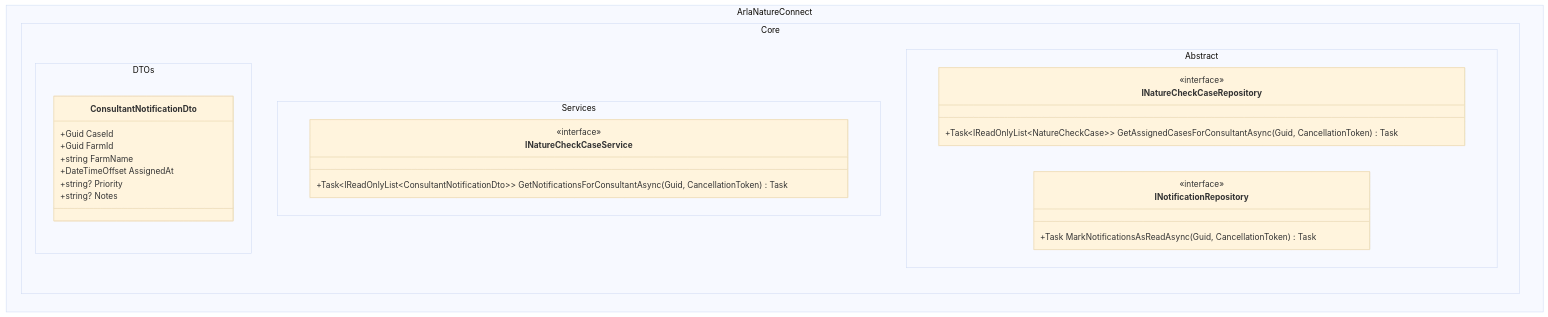
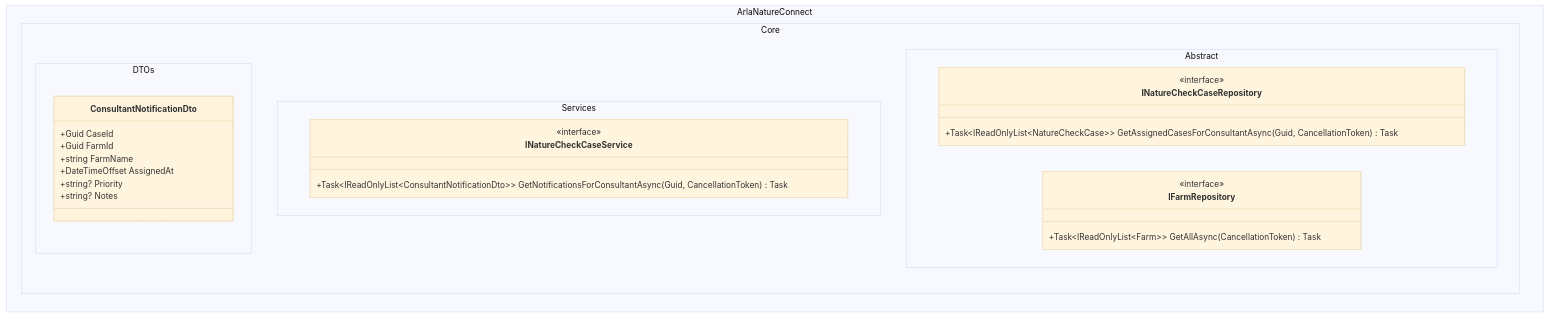
One commit to DMOoF25-TEAM11/ArlaNatureConnect changed the diagram in docs/UseCase002B-AssignNatureCheckCase/UserStories/UC002B.6-ViewConsultantNotifications/UC002B.6-DCD.md. Above: the diagram before and after it, drawn with Mermaid (base theme). The commit also changed 65 other files, not shown here.

Commit message:
Update of UML

````diff
--- a/docs/UseCase002B-AssignNatureCheckCase/UserStories/UC002B.6-ViewConsultantNotifications/UC002B.6-DCD.md
+++ b/docs/UseCase002B-AssignNatureCheckCase/UserStories/UC002B.6-ViewConsultantNotifications/UC002B.6-DCD.md
@@ -5,35 +5,38 @@
 ```mermaid
 classDiagram
     direction TB
     %% === DCD – UC002B.6: View Consultant Notifications (Builds on UC002B.5) ===
 
     namespace ArlaNatureConnect.Core.DTOs {
         class ConsultantNotificationDto {
             +Guid CaseId
             +Guid FarmId
             +string FarmName
             +DateTimeOffset AssignedAt
             +string? Priority
             +string? Notes
         }
     }
 
     namespace ArlaNatureConnect.Core.Services {
         class INatureCheckCaseService {
             <<interface>>
             +Task~IReadOnlyList~ConsultantNotificationDto~~ GetNotificationsForConsultantAsync(Guid, CancellationToken) Task
         }
     }
 
     namespace ArlaNatureConnect.Core.Abstract {
         class INatureCheckCaseRepository {
             <<interface>>
             +Task~IReadOnlyList~NatureCheckCase~~ GetAssignedCasesForConsultantAsync(Guid, CancellationToken) Task
         }
 
-        class INotificationRepository {
+        class IFarmRepository {
             <<interface>>
-            +Task MarkNotificationsAsReadAsync(Guid, CancellationToken) Task
+            +Task~IReadOnlyList~Farm~~ GetAllAsync(CancellationToken) Task
         }
+        
+        %% Note: No INotificationRepository in EF Core implementation
+        %% Notifications are generated from NatureCheckCase data in service layer
     }
 ```
````
